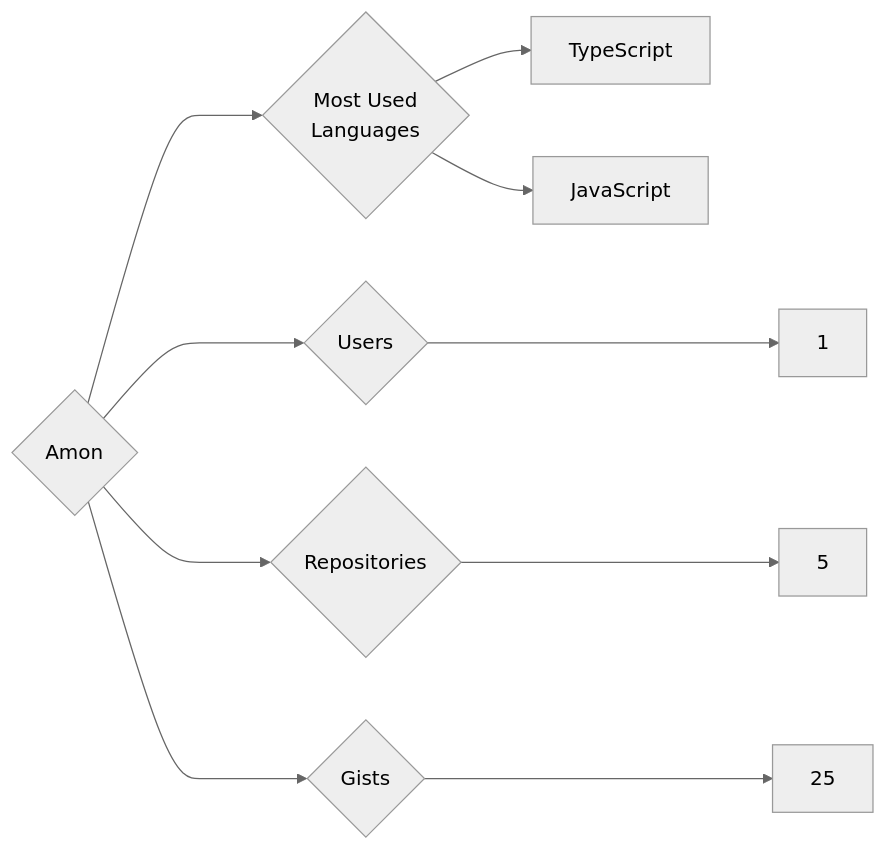
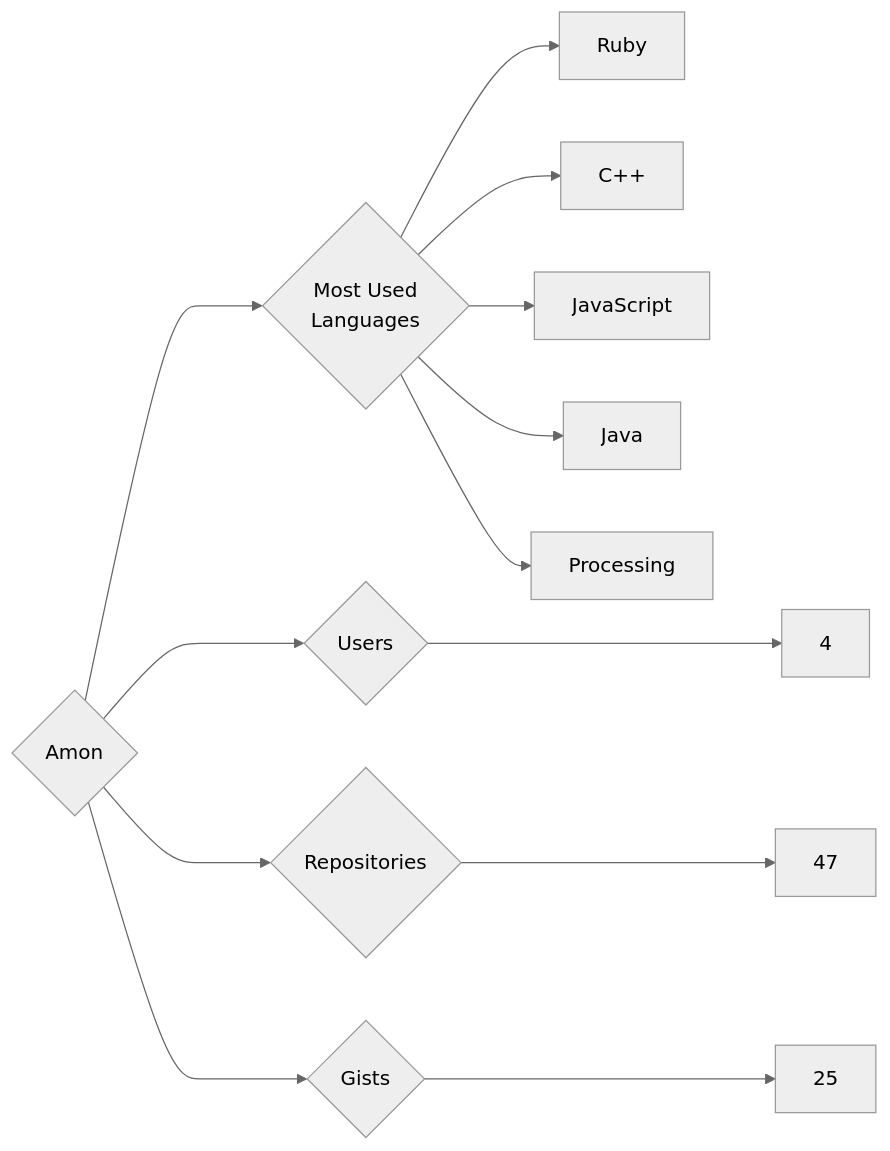
Before and after one commit to trickest/insiders: the diagram in targets/Amon/README.md, drawn with Mermaid (neutral theme). The commit also changed 1141 other files, not shown here.

````diff
--- a/targets/Amon/README.md
+++ b/targets/Amon/README.md
@@ -3,10 +3,13 @@
 ```mermaid
 graph LR
 COMPANY_NAME{Amon}
-COMPANY_NAME ---> U{Users} ---> UN[1]
-COMPANY_NAME ---> R{Repositories} ---> RN[5]
+COMPANY_NAME ---> U{Users} ---> UN[4]
+COMPANY_NAME ---> R{Repositories} ---> RN[47]
 COMPANY_NAME ---> G{Gists} ---> GN[25]
 COMPANY_NAME ---> ML{Most Used<br>Languages}
-ML --> TypeScript[TypeScript]
+ML --> Ruby[Ruby]
+ML --> C++[C++]
 ML --> JavaScript[JavaScript]
+ML --> Java[Java]
+ML --> Processing[Processing]
 ```
````
